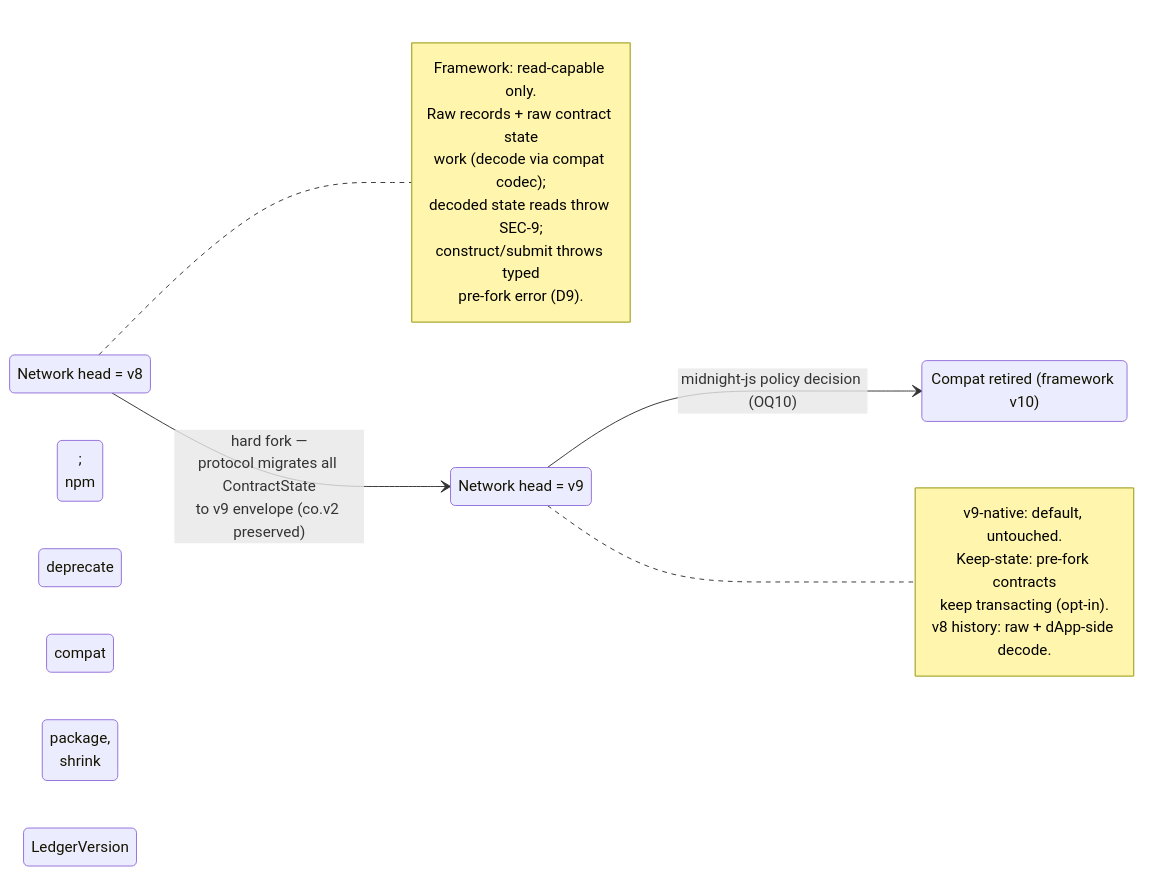
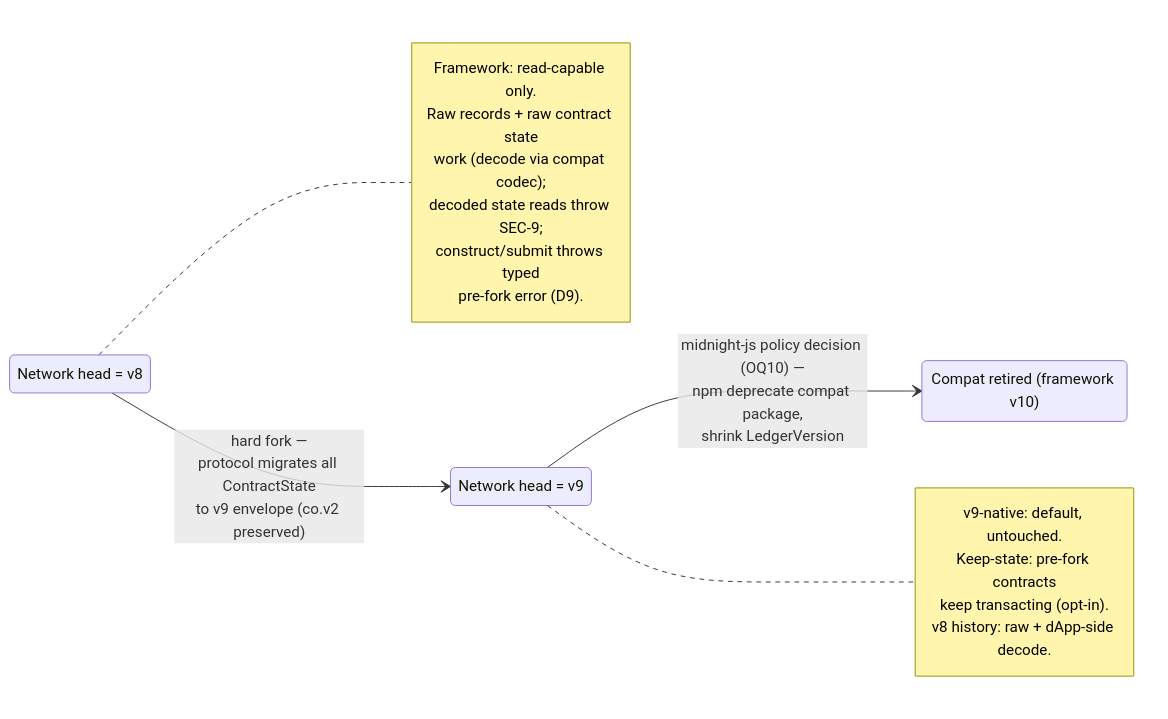
The eighth of 11 diagrams in docs/superpowers/architecture/2026-08-05-ledger-v8-v9-dual-support-architecture.md (midnightntwrk/midnight-js), drawn with Mermaid before and after one commit. The commit also changed other lines of this file and 1 other file, not shown here.

Commit message:
docs: apply QA review to ledger v8/v9 spec (v3.7), fix state-diagram label
QA round (10 of 11 applied; QA-11 moot after the v3.6 utils move):
major-0 exemption in the version mapping, V3-proof negative gains a
v9-compiled twin fixture, stale-head detection predicate, head-query
data source as OQ3d discovery item, enumerated unsanctioned-mixing
negatives with construction mechanisms, spread-copy shape assertions
and TROUBLESHOOTING caveat, A4 mis-route observable + test, golden
baseline re-baselining lifecycle, mechanically checkable AC1, AC2
enumeration exhaustive against 6.2 with an error-code registry
meta-test.

Architecture doc: semicolon in a stateDiagram transition label split
it into spurious states on GitHub's renderer - replaced with em dash.

````diff
--- a/docs/superpowers/architecture/2026-08-05-ledger-v8-v9-dual-support-architecture.md
+++ b/docs/superpowers/architecture/2026-08-05-ledger-v8-v9-dual-support-architecture.md
@@ -359,25 +359,25 @@
 ```mermaid
 stateDiagram-v2
     direction LR
     PreFork: Network head = v8
     PostFork: Network head = v9
     Retired: Compat retired (framework v10)
 
     PreFork --> PostFork: hard fork —<br/>protocol migrates all ContractState<br/>to v9 envelope (co.v2 preserved)
-    PostFork --> Retired: midnight-js policy decision (OQ10);<br/>npm deprecate compat package,<br/>shrink LedgerVersion
+    PostFork --> Retired: midnight-js policy decision (OQ10) —<br/>npm deprecate compat package,<br/>shrink LedgerVersion
 
     note right of PreFork
         Framework: read-capable only.
         Raw records + raw contract state
         work (decode via compat codec);
         decoded state reads throw SEC-9;
         construct/submit throws typed
         pre-fork error (D9).
     end note
     note right of PostFork
         v9-native: default, untouched.
         Keep-state: pre-fork contracts
         keep transacting (opt-in).
         v8 history: raw + dApp-side decode.
     end note
 ```
````
